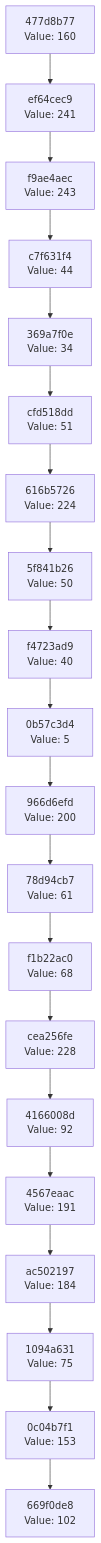
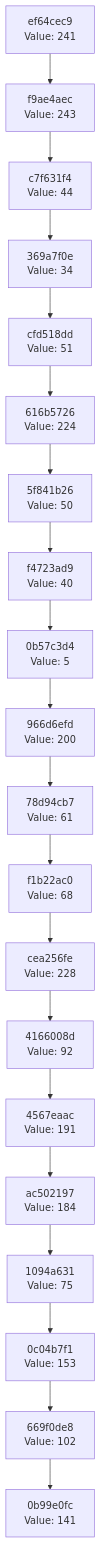
One commit to Abhisheksinha1506/hash-chain-evolver changed the diagram in docs/CHAIN_VISUALIZATION.md. Above: the diagram before and after it, drawn with Mermaid. The commit also changed 2 other files, not shown here.

Commit message:
Evolution Step

````diff
--- a/docs/CHAIN_VISUALIZATION.md
+++ b/docs/CHAIN_VISUALIZATION.md
@@ -3,42 +3,42 @@
 ```mermaid
 graph TD
-    C0["669f0de8<br/>Value: 102"]
-    C1["0c04b7f1<br/>Value: 153"]
+    C0["0b99e0fc<br/>Value: 141"]
+    C1["669f0de8<br/>Value: 102"]
     C1 --> C0
-    C2["1094a631<br/>Value: 75"]
+    C2["0c04b7f1<br/>Value: 153"]
     C2 --> C1
-    C3["ac502197<br/>Value: 184"]
+    C3["1094a631<br/>Value: 75"]
     C3 --> C2
-    C4["4567eaac<br/>Value: 191"]
+    C4["ac502197<br/>Value: 184"]
     C4 --> C3
-    C5["4166008d<br/>Value: 92"]
+    C5["4567eaac<br/>Value: 191"]
     C5 --> C4
-    C6["cea256fe<br/>Value: 228"]
+    C6["4166008d<br/>Value: 92"]
     C6 --> C5
-    C7["f1b22ac0<br/>Value: 68"]
+    C7["cea256fe<br/>Value: 228"]
     C7 --> C6
-    C8["78d94cb7<br/>Value: 61"]
+    C8["f1b22ac0<br/>Value: 68"]
     C8 --> C7
-    C9["966d6efd<br/>Value: 200"]
+    C9["78d94cb7<br/>Value: 61"]
     C9 --> C8
-    C10["0b57c3d4<br/>Value: 5"]
+    C10["966d6efd<br/>Value: 200"]
     C10 --> C9
-    C11["f4723ad9<br/>Value: 40"]
+    C11["0b57c3d4<br/>Value: 5"]
     C11 --> C10
-    C12["5f841b26<br/>Value: 50"]
+    C12["f4723ad9<br/>Value: 40"]
     C12 --> C11
-    C13["616b5726<br/>Value: 224"]
+    C13["5f841b26<br/>Value: 50"]
     C13 --> C12
-    C14["cfd518dd<br/>Value: 51"]
+    C14["616b5726<br/>Value: 224"]
     C14 --> C13
-    C15["369a7f0e<br/>Value: 34"]
+    C15["cfd518dd<br/>Value: 51"]
     C15 --> C14
-    C16["c7f631f4<br/>Value: 44"]
+    C16["369a7f0e<br/>Value: 34"]
     C16 --> C15
-    C17["f9ae4aec<br/>Value: 243"]
+    C17["c7f631f4<br/>Value: 44"]
     C17 --> C16
-    C18["ef64cec9<br/>Value: 241"]
+    C18["f9ae4aec<br/>Value: 243"]
     C18 --> C17
-    C19["477d8b77<br/>Value: 160"]
+    C19["ef64cec9<br/>Value: 241"]
     C19 --> C18
 ```
````
